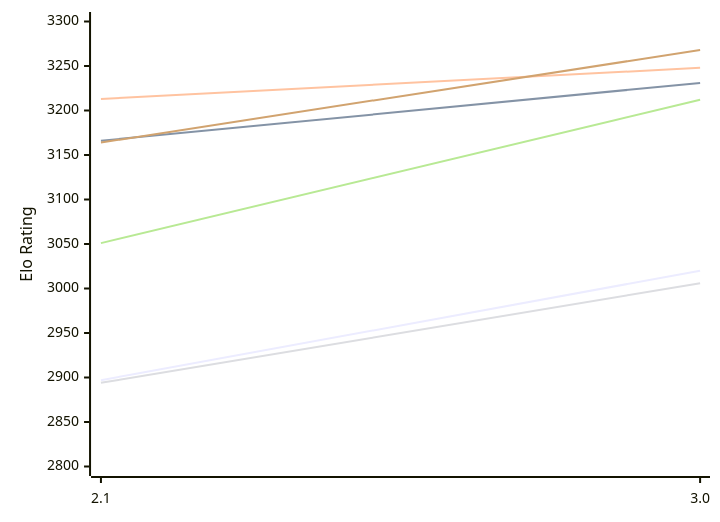
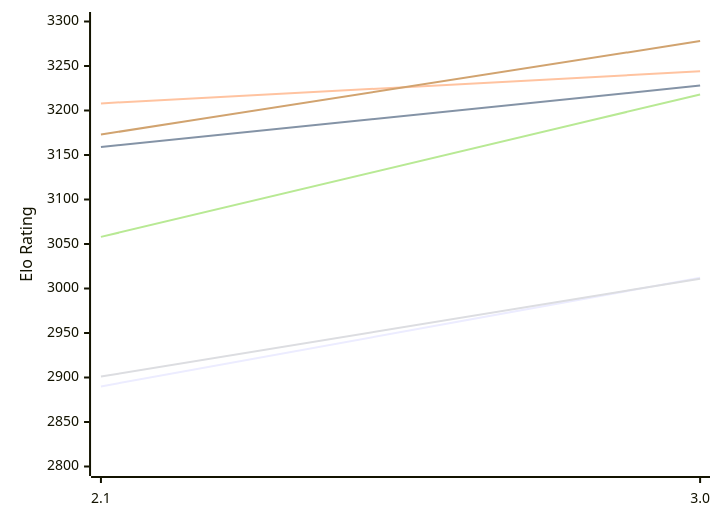
The first of 2 diagrams in engines/Quirky.md (computer-chess-index/cci), drawn with Mermaid before and after one commit. The commit also changed other lines of this file, not shown here.

Commit message:
Update CCI Ratings (ELO VLTC) - 2026-11-18

````diff
--- a/engines/Quirky.md
+++ b/engines/Quirky.md
@@ -50,12 +50,12 @@
 ```mermaid
 %%{init: {"theme":"base","themeVariables":{"seriesColors:['#a3a3a3','#222221','#faa371']}}}%%
 xychart-beta
   x-axis ["2.1", "3.0"]
   y-axis "Elo Rating" 2800 --> 3300
-  line "E1: STC (8.0+0.08s)" [2897, 3020]
-  line "E1: LTC (60.0+0.60s)" [3166, 3231]
-  line "E1: VLTC (2m24s+1.12s)" [3213, 3248]
-  line "P1: STC (8.0+0.08s)" [2894, 3006]
-  line "P1: LTC (60.0+0.60s)" [3051, 3212]
-  line "P1: VLTC (2m24s+1.12s)" [3164, 3268]
+  line "E1: STC (8.0+0.08s)" [2890, 3012]
+  line "E1: LTC (60.0+0.60s)" [3159, 3228]
+  line "E1: VLTC (2m24s+1.12s)" [3208, 3244]
+  line "P1: STC (8.0+0.08s)" [2901, 3011]
+  line "P1: LTC (60.0+0.60s)" [3058, 3218]
+  line "P1: VLTC (2m24s+1.12s)" [3173, 3278]
 ```
````
